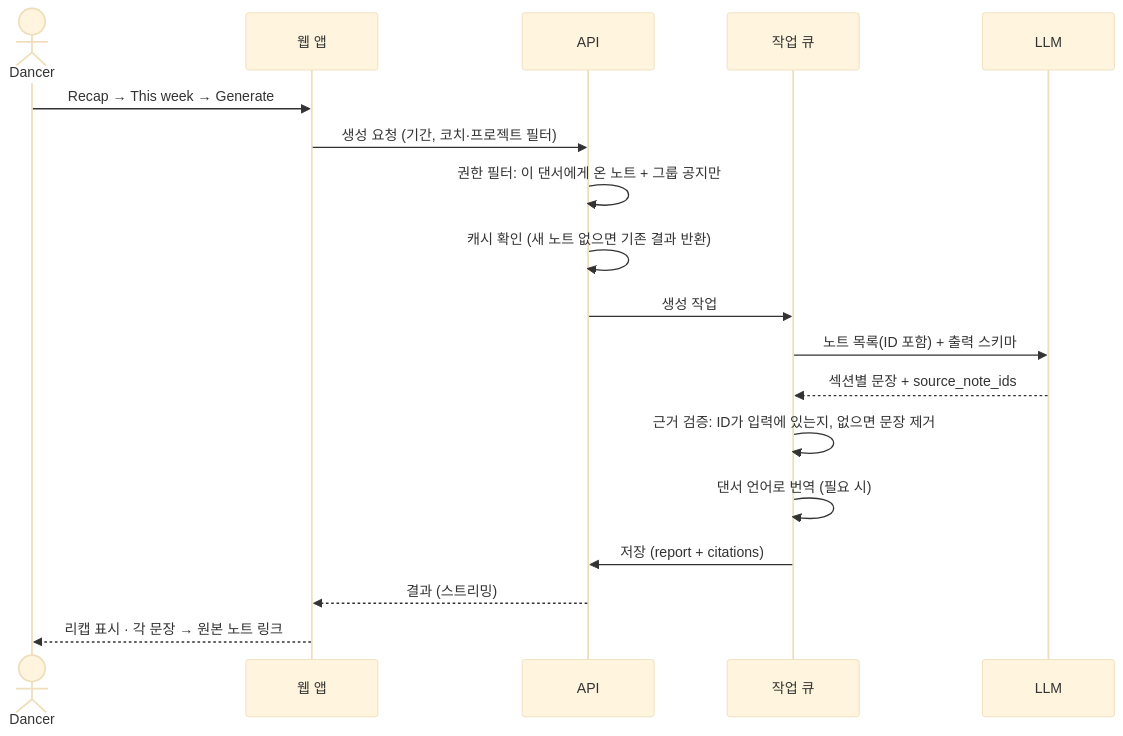
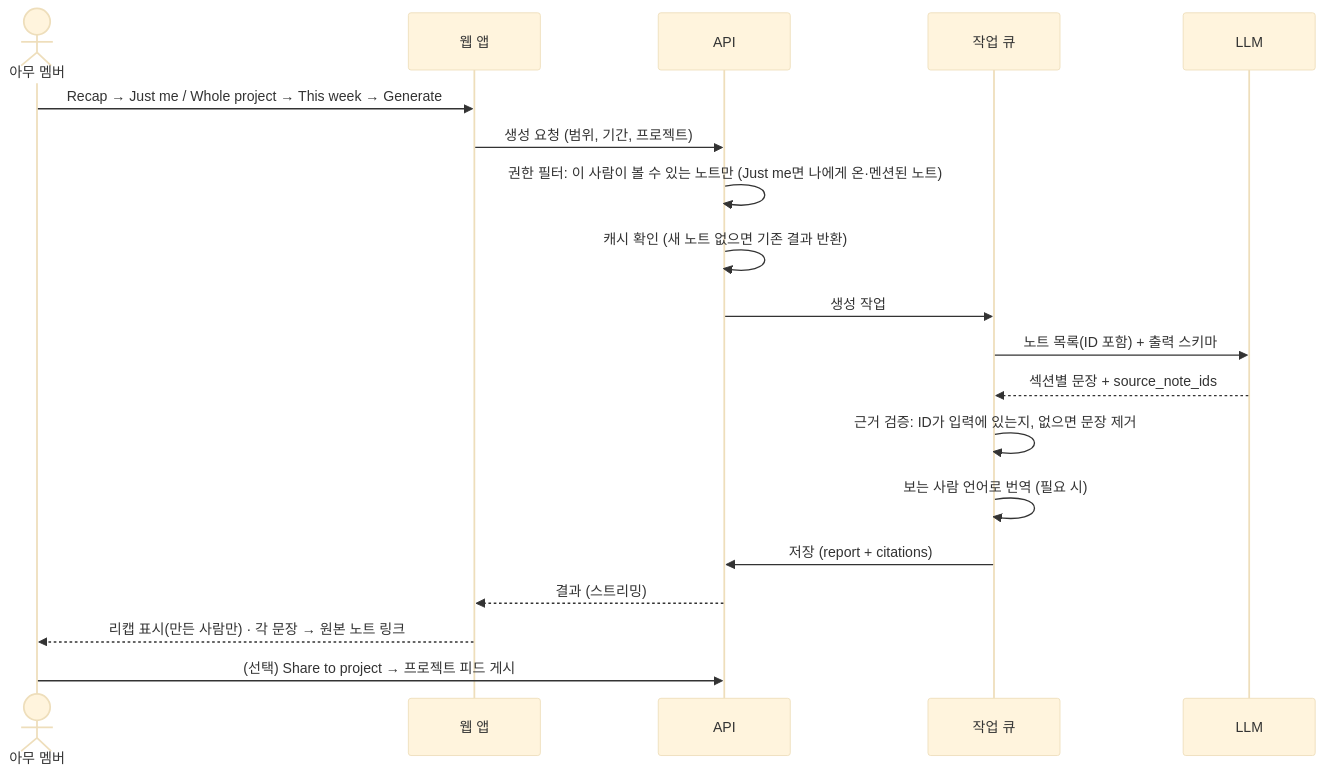
The seventh of 8 diagrams in docs/02-service-structure.md (hope13710/dancerly), drawn with Mermaid (base theme) before and after one commit. The commit also changed other lines of this file and 13 other files, not shown here.

````diff
--- a/docs/02-service-structure.md
+++ b/docs/02-service-structure.md
@@ -255,20 +254,21 @@
 ```mermaid
 sequenceDiagram
-  actor D as Dancer
+  actor D as 아무 멤버
   participant W as 웹 앱
   participant A as API
   participant Q as 작업 큐
   participant L as LLM
-  D->>W: Recap → This week → Generate
-  W->>A: 생성 요청 (기간, 코치·프로젝트 필터)
-  A->>A: 권한 필터: 이 댄서에게 온 노트 + 그룹 공지만
+  D->>W: Recap → Just me / Whole project → This week → Generate
+  W->>A: 생성 요청 (범위, 기간, 프로젝트)
+  A->>A: 권한 필터: 이 사람이 볼 수 있는 노트만 (Just me면 나에게 온·멘션된 노트)
   A->>A: 캐시 확인 (새 노트 없으면 기존 결과 반환)
   A->>Q: 생성 작업
   Q->>L: 노트 목록(ID 포함) + 출력 스키마
   L-->>Q: 섹션별 문장 + source_note_ids
   Q->>Q: 근거 검증: ID가 입력에 있는지, 없으면 문장 제거
-  Q->>Q: 댄서 언어로 번역 (필요 시)
+  Q->>Q: 보는 사람 언어로 번역 (필요 시)
   Q->>A: 저장 (report + citations)
   A-->>W: 결과 (스트리밍)
-  W-->>D: 리캡 표시 · 각 문장 → 원본 노트 링크
+  W-->>D: 리캡 표시(만든 사람만) · 각 문장 → 원본 노트 링크
+  D->>A: (선택) Share to project → 프로젝트 피드 게시
 ```
````
